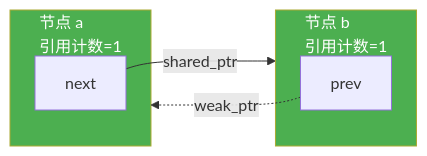
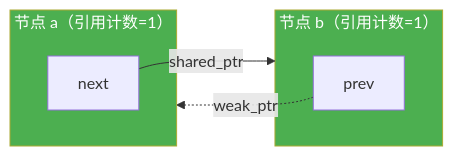
One commit to kok-s0s/job_ changed the sixth of 6 diagrams in cpp/memory_management.md. Above: the diagram before and after it, drawn with Mermaid. The commit also changed other lines of this file and 1 other file, not shown here.

Commit message:
fix: 修复 Mermaid 节点中文文字溢出问题，缩短节点标签

````diff
--- a/cpp/memory_management.md
+++ b/cpp/memory_management.md
@@ -206,13 +206,13 @@
 ```mermaid
 flowchart LR
-    subgraph A[节点 a\n引用计数=1]
+    subgraph A["节点 a（引用计数=1）"]
         AN[next]
     end
-    subgraph B[节点 b\n引用计数=1]
+    subgraph B["节点 b（引用计数=1）"]
         BP[prev]
     end
     AN -->|shared_ptr| B
     BP -. weak_ptr .-> A
     style A fill:#4CAF50,color:#fff
     style B fill:#4CAF50,color:#fff
 ```
````
